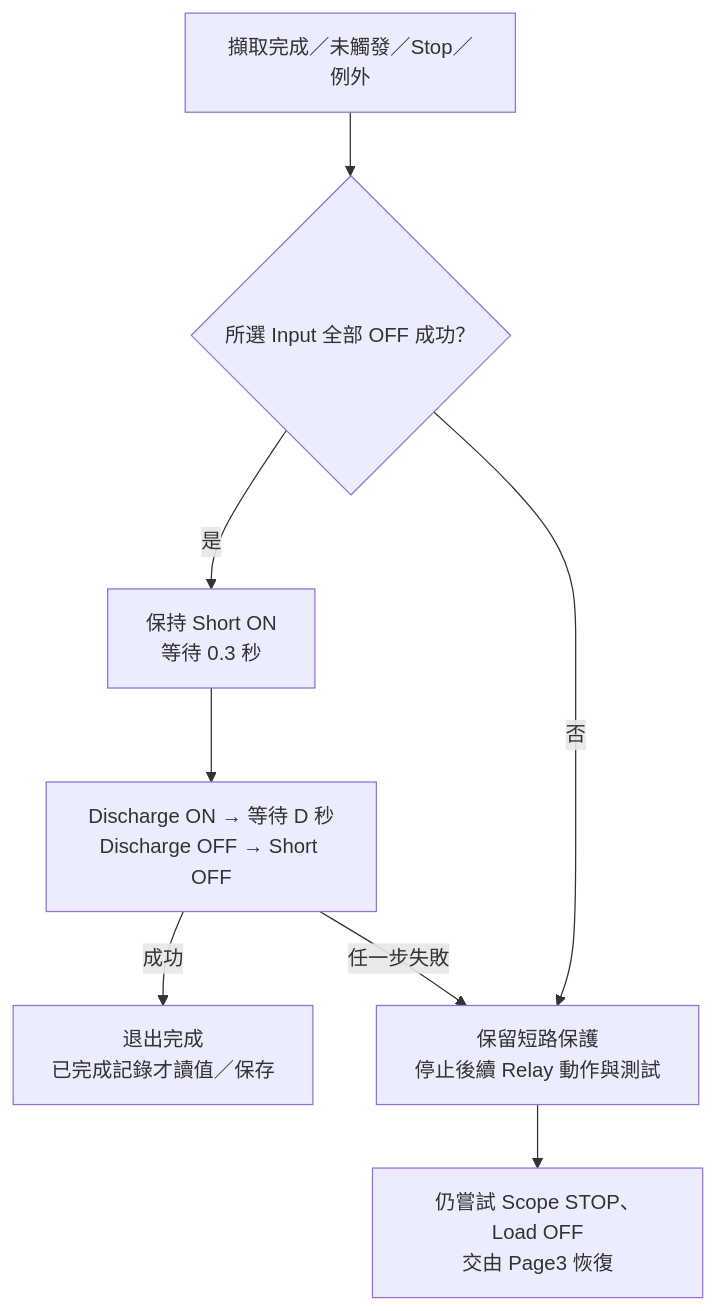
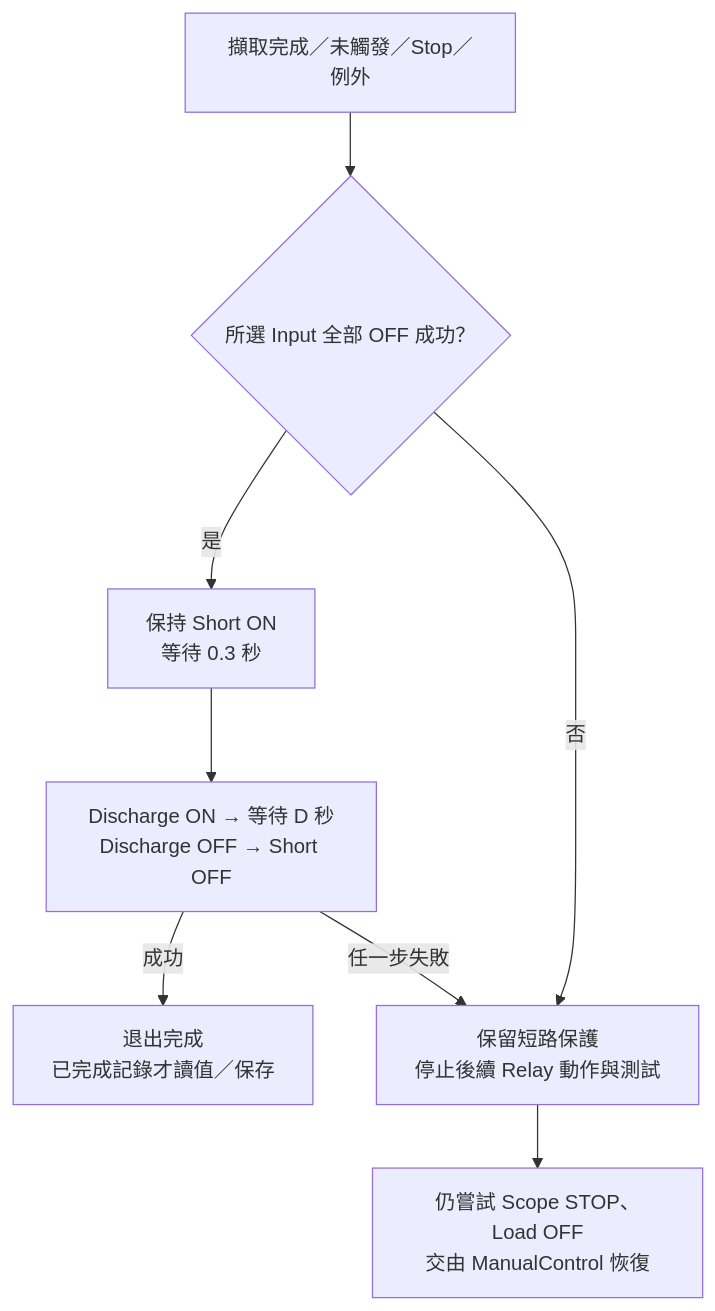
The third of 5 diagrams in MEASUREMENT_STRATEGIES.md (Jaxon-Su/ElectronicATE), drawn with Mermaid before and after one commit. The commit also changed other lines of this file and 309 other files, not shown here.

````diff
--- a/MEASUREMENT_STRATEGIES.md
+++ b/MEASUREMENT_STRATEGIES.md
@@ -219,10 +148,10 @@
 ```mermaid
 flowchart TD
     A["擷取完成／未觸發／Stop／例外"] --> B{"所選 Input 全部 OFF 成功？"}
     B -->|"是"| C["保持 Short ON<br/>等待 0.3 秒"]
     C --> D["Discharge ON → 等待 D 秒<br/>Discharge OFF → Short OFF"]
     D -->|"成功"| E["退出完成<br/>已完成記錄才讀值／保存"]
     B -->|"否"| F["保留短路保護<br/>停止後續 Relay 動作與測試"]
     D -->|"任一步失敗"| F
-    F --> G["仍嘗試 Scope STOP、Load OFF<br/>交由 Page3 恢復"]
+    F --> G["仍嘗試 Scope STOP、Load OFF<br/>交由 ManualControl 恢復"]
 ```
````
